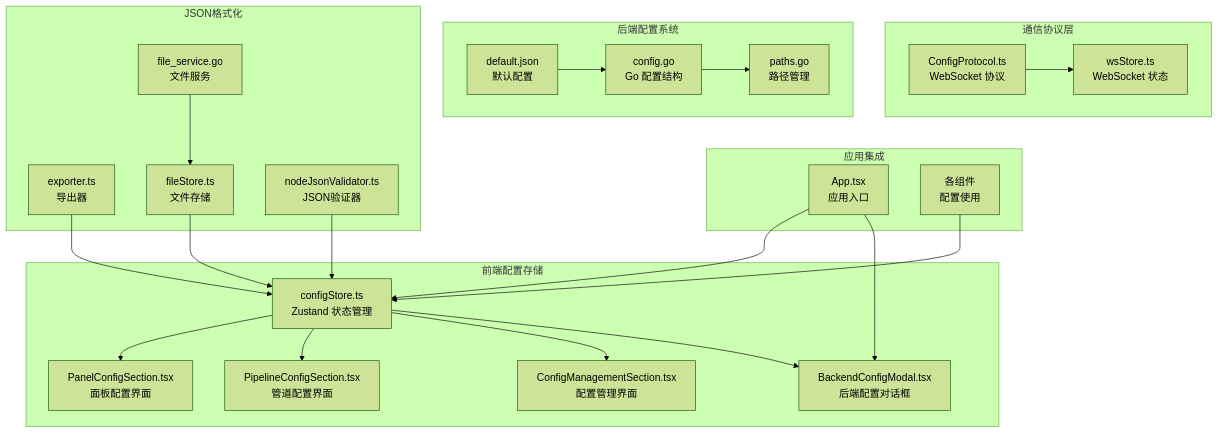
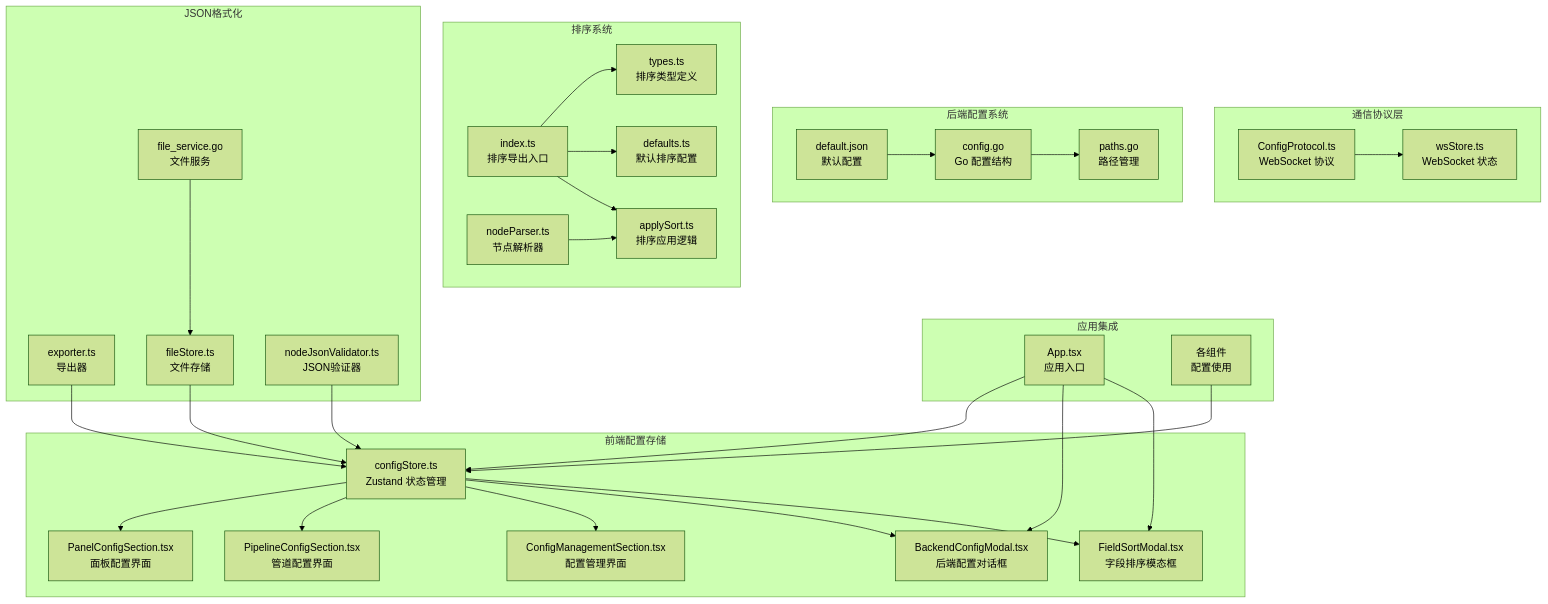
One commit to kqcoxn/MaaPipelineEditor changed the first of 17 diagrams in .qoder/repowiki/zh/content/Config Store.md. Above: the diagram before and after it, drawn with Mermaid (forest theme). The commit also changed other lines of this file and 22 other files, not shown here.

````diff
--- a/.qoder/repowiki/zh/content/Config Store.md
+++ b/.qoder/repowiki/zh/content/Config Store.md
@@ -59,43 +65,57 @@
 ```mermaid
 graph TB
 subgraph "前端配置存储"
 A[configStore.ts<br/>Zustand 状态管理]
 B[PanelConfigSection.tsx<br/>面板配置界面]
 C[PipelineConfigSection.tsx<br/>管道配置界面]
 D[ConfigManagementSection.tsx<br/>配置管理界面]
 E[BackendConfigModal.tsx<br/>后端配置对话框]
+F[FieldSortModal.tsx<br/>字段排序模态框]
 end
 subgraph "通信协议层"
-F[ConfigProtocol.ts<br/>WebSocket 协议]
-G[wsStore.ts<br/>WebSocket 状态]
+G[ConfigProtocol.ts<br/>WebSocket 协议]
+H[wsStore.ts<br/>WebSocket 状态]
 end
 subgraph "后端配置系统"
-H[config.go<br/>Go 配置结构]
-I[paths.go<br/>路径管理]
-J[default.json<br/>默认配置]
+I[config.go<br/>Go 配置结构]
+J[paths.go<br/>路径管理]
+K[default.json<br/>默认配置]
 end
 subgraph "应用集成"
-K[App.tsx<br/>应用入口]
-L[各组件<br/>配置使用]
+L[App.tsx<br/>应用入口]
+M[各组件<br/>配置使用]
+end
+subgraph "排序系统"
+N[index.ts<br/>排序导出入口]
+O[types.ts<br/>排序类型定义]
+P[defaults.ts<br/>默认排序配置]
+Q[applySort.ts<br/>排序应用逻辑]
+R[nodeParser.ts<br/>节点解析器]
 end
 subgraph "JSON格式化"
-M[exporter.ts<br/>导出器]
-N[fileStore.ts<br/>文件存储]
-O[file_service.go<br/>文件服务]
-P[nodeJsonValidator.ts<br/>JSON验证器]
+S[exporter.ts<br/>导出器]
+T[fileStore.ts<br/>文件存储]
+U[file_service.go<br/>文件服务]
+V[nodeJsonValidator.ts<br/>JSON验证器]
 end
 A --> B
 A --> C
 A --> D
 A --> E
-F --> G
-H --> I
-J --> H
-K --> A
-K --> E
+A --> F
+G --> H
+I --> J
+K --> I
 L --> A
+L --> E
+L --> F
 M --> A
-N --> A
-O --> N
-P --> A
+N --> O
+N --> P
+N --> Q
+R --> Q
+S --> A
+T --> A
+U --> T
+V --> A
 ```
````
